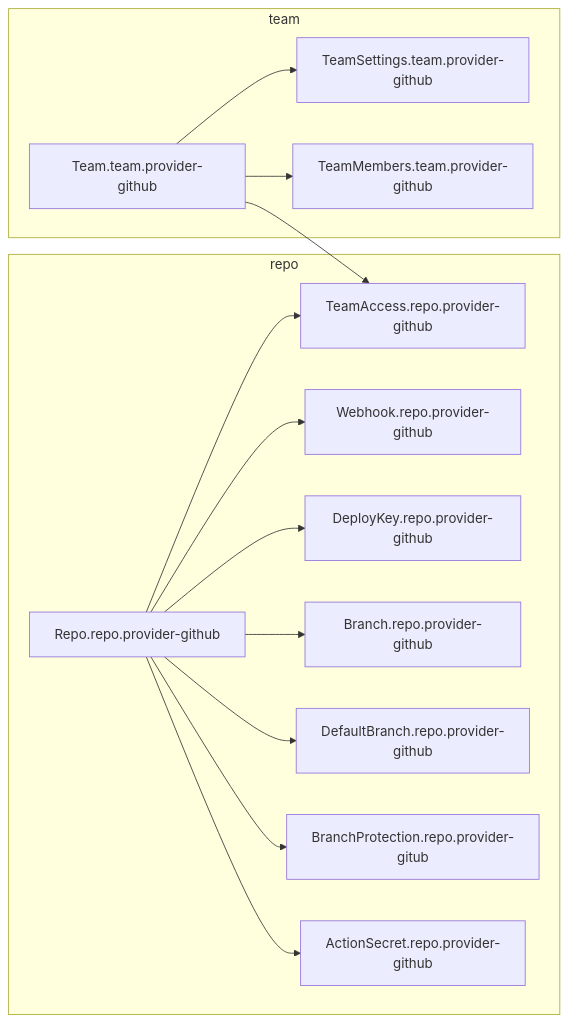
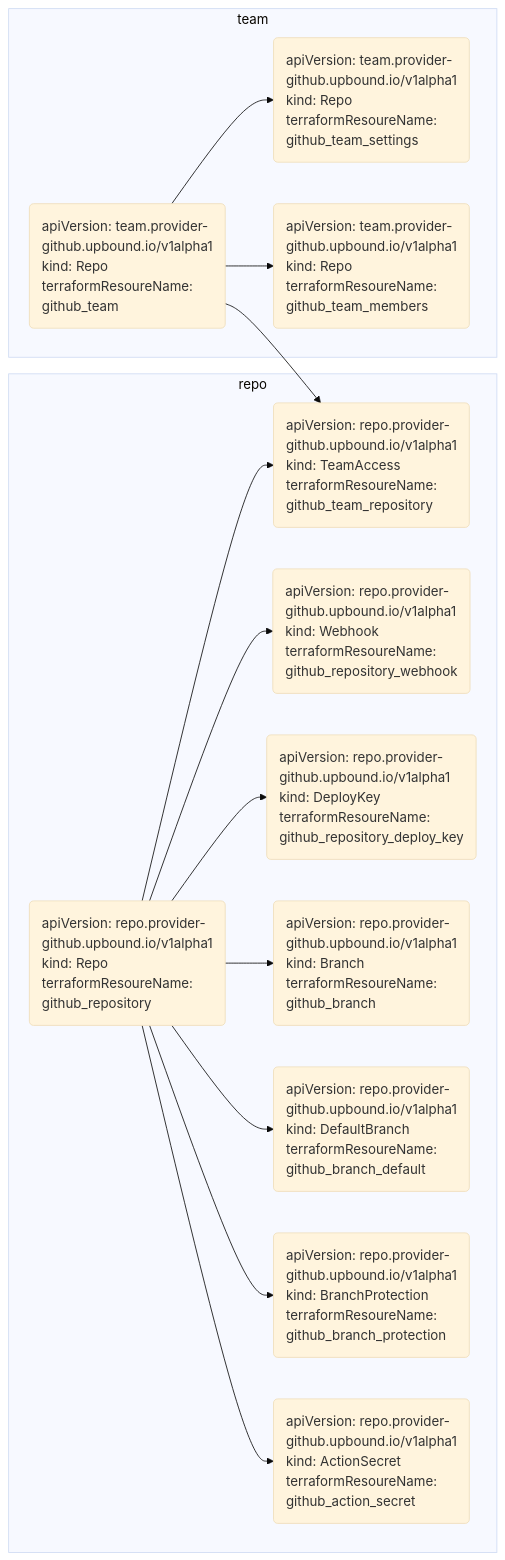
One commit to crossplane-contrib/provider-upjet-github changed the second of 2 diagrams in docs/design.md. Above: the diagram before and after it, drawn with Mermaid. The commit also changed other lines of this file, not shown here.

Commit message:
Fix some aligment issues, pff

````diff
--- a/docs/design.md
+++ b/docs/design.md
@@ -29,17 +30,40 @@
 ```mermaid
+%%{
+    init: {
+        'flowchart' : {
+            'curve' : 'basis'
+        },
+        'theme':'base'
+    }
+}%%
+
 graph LR
-    Team.team.provider-github --> TeamAccess.repo.provider-github
+    classDef default text-align: left;
+    Team.team --> TeamAccess.repo
     subgraph repo
-        Repo.repo.provider-github --> Webhook.repo.provider-github
-        Repo.repo.provider-github --> DeployKey.repo.provider-github
-        Repo.repo.provider-github --> Branch.repo.provider-github
-        Repo.repo.provider-github --> DefaultBranch.repo.provider-github
-        Repo.repo.provider-github --> BranchProtection.repo.provider-gitub
-        Repo.repo.provider-github --> ActionSecret.repo.provider-github
-        Repo.repo.provider-github --> TeamAccess.repo.provider-github
+        Repo.repo(apiVersion: repo.provider-github.upbound.io/v1alpha1<br/>kind: Repo<br/>terraformResoureName: github_repository)
+        Webhook.repo(apiVersion: repo.provider-github.upbound.io/v1alpha1<br/>kind: Webhook<br/>terraformResoureName: github_repository_webhook)
+        DeployKey.repo(apiVersion: repo.provider-github.upbound.io/v1alpha1<br/>kind: DeployKey<br/>terraformResoureName: github_repository_deploy_key)
+        Branch.repo(apiVersion: repo.provider-github.upbound.io/v1alpha1<br/>kind: Branch<br/>terraformResoureName: github_branch)
+        DefaultBranch.repo(apiVersion: repo.provider-github.upbound.io/v1alpha1<br/>kind: DefaultBranch<br/>terraformResoureName: github_branch_default)
+        BranchProtection.repo(apiVersion: repo.provider-github.upbound.io/v1alpha1<br/>kind: BranchProtection<br/>terraformResoureName: github_branch_protection)
+        ActionSecret.repo(apiVersion: repo.provider-github.upbound.io/v1alpha1<br/>kind: ActionSecret<br/>terraformResoureName: github_action_secret)
+        TeamAccess.repo(apiVersion: repo.provider-github.upbound.io/v1alpha1<br/>kind: TeamAccess<br/>terraformResoureName: github_team_repository)   
+        
+        Repo.repo --> Webhook.repo
+        Repo.repo --> DeployKey.repo
+        Repo.repo --> Branch.repo
+        Repo.repo --> DefaultBranch.repo
+        Repo.repo --> BranchProtection.repo
+        Repo.repo --> ActionSecret.repo
+        Repo.repo --> TeamAccess.repo
     end
     subgraph team
-        Team.team.provider-github --> TeamSettings.team.provider-github
-        Team.team.provider-github --> TeamMembers.team.provider-github
+        Team.team(apiVersion: team.provider-github.upbound.io/v1alpha1<br/>kind: Repo<br/>terraformResoureName: github_team)
+        TeamSettings.team(apiVersion: team.provider-github.upbound.io/v1alpha1<br/>kind: Repo<br/>terraformResoureName: github_team_settings)
+        TeamMembers.team(apiVersion: team.provider-github.upbound.io/v1alpha1<br/>kind: Repo<br/>terraformResoureName: github_team_members)
+
+        Team.team --> TeamSettings.team
+        Team.team --> TeamMembers.team
     end
 ```
````
